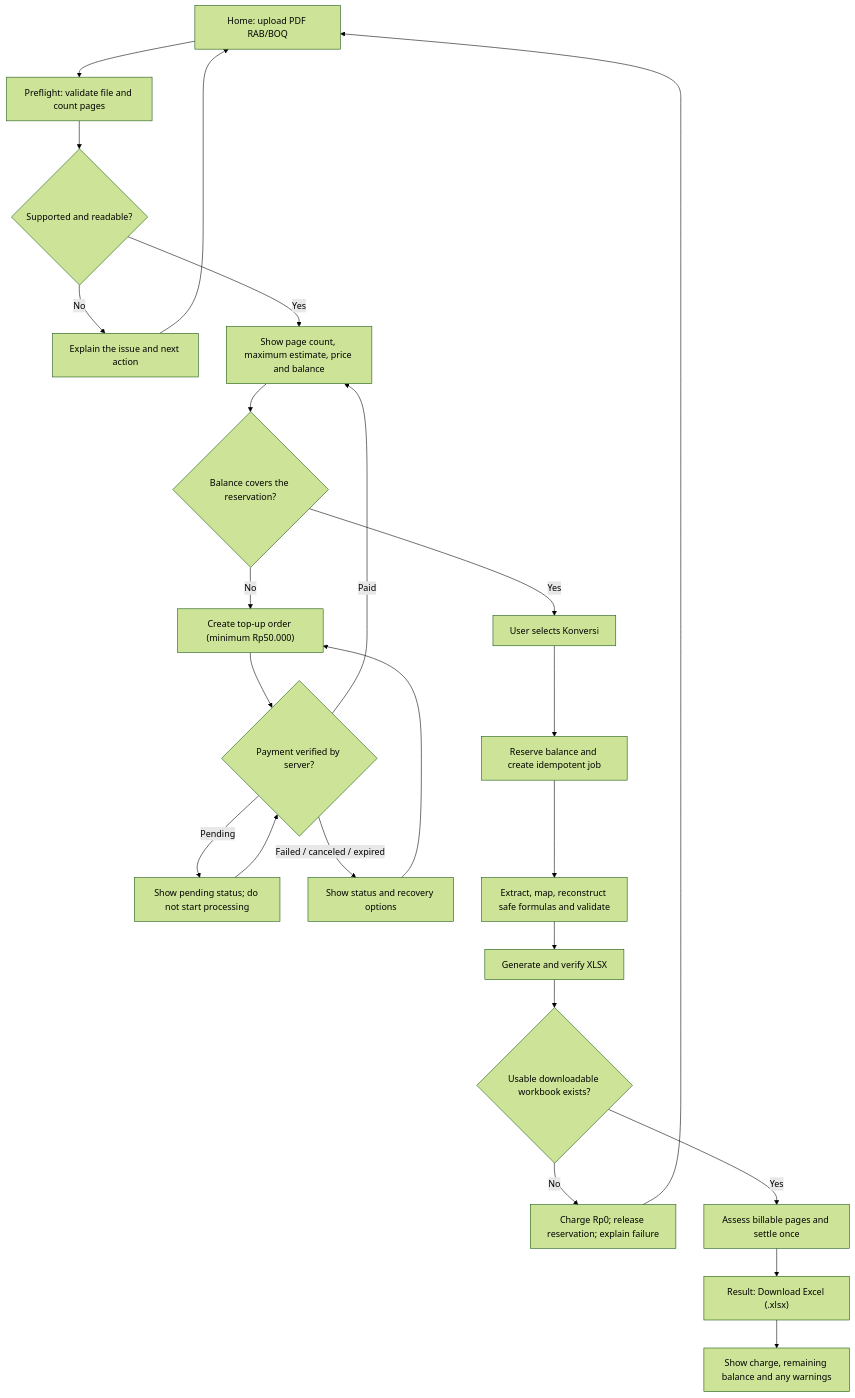
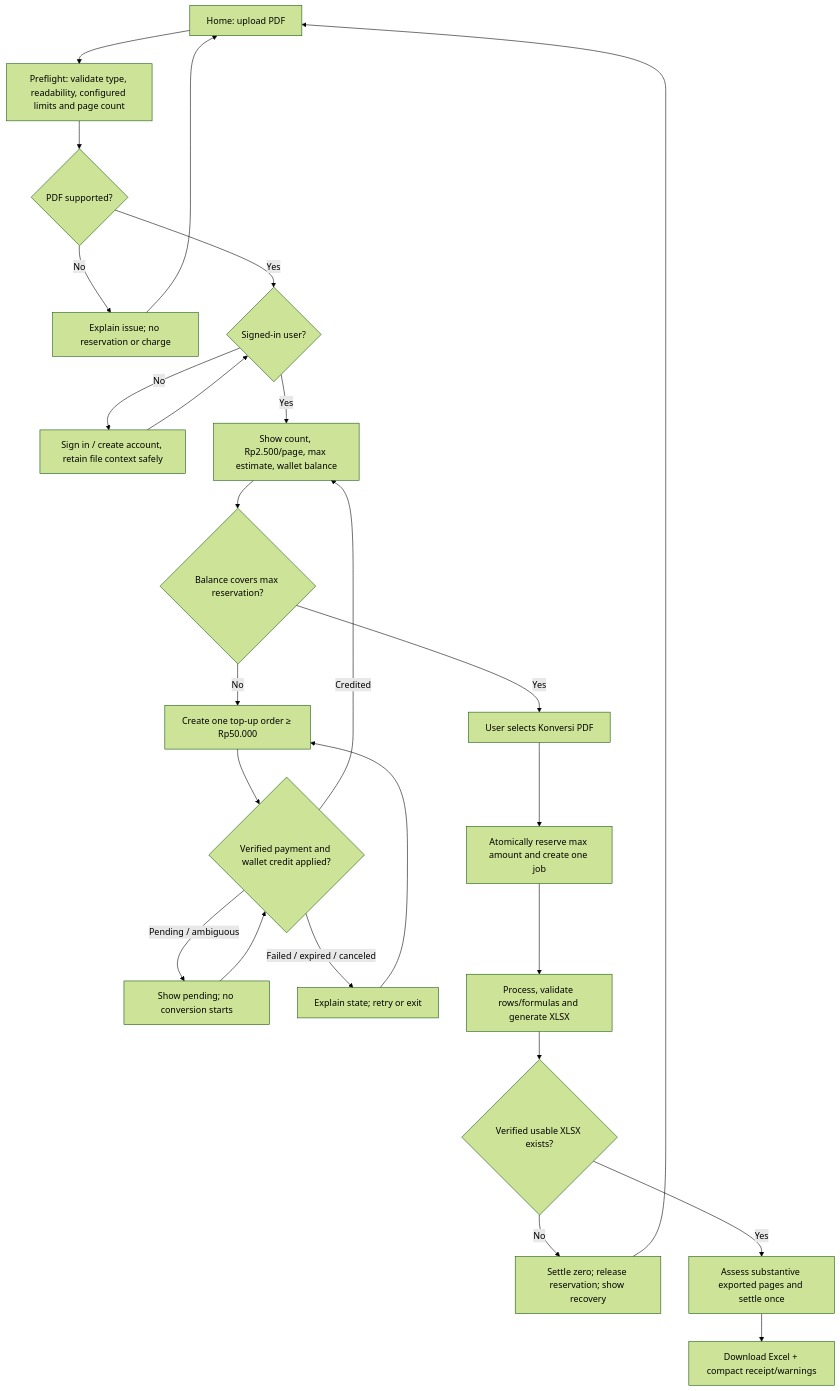
Before and after one commit to fsoeltoni-rabconverter/rabconverter: the diagram in docs/application-flow.md, drawn with Mermaid (forest theme). The commit also changed other lines of this file, not shown here.

````diff
--- a/docs/application-flow.md
+++ b/docs/application-flow.md
@@ -29,26 +28,27 @@
 ```mermaid
 flowchart TD
-    A["Home: upload PDF RAB/BOQ"] --> B["Preflight: validate file and count pages"]
-    B --> C{"Supported and readable?"}
-    C -- "No" --> X["Explain the issue and next action"]
+    A["Home: upload PDF"] --> B["Preflight: validate type, readability, configured limits and page count"]
+    B --> C{"PDF supported?"}
+    C -- "No" --> X["Explain issue; no reservation or charge"]
     X --> A
-    C -- "Yes" --> D["Show page count, maximum estimate, price and balance"]
-    D --> E{"Balance covers the reservation?"}
-    E -- "No" --> F["Create top-up order (minimum Rp50.000)"]
-    F --> G{"Payment verified by server?"}
-    G -- "Pending" --> H["Show pending status; do not start processing"]
-    H --> G
-    G -- "Failed / canceled / expired" --> I["Show status and recovery options"]
-    I --> F
-    G -- "Paid" --> D
-    E -- "Yes" --> J["User selects Konversi"]
-    J --> K["Reserve balance and create idempotent job"]
-    K --> L["Extract, map, reconstruct safe formulas and validate"]
-    L --> M["Generate and verify XLSX"]
-    M --> N{"Usable downloadable workbook exists?"}
-    N -- "No" --> O["Charge Rp0; release reservation; explain failure"]
-    O --> A
-    N -- "Yes" --> P["Assess billable pages and settle once"]
-    P --> Q["Result: Download Excel (.xlsx)"]
-    Q --> R["Show charge, remaining balance and any warnings"]
+    C -- "Yes" --> D{"Signed-in user?"}
+    D -- "No" --> L["Sign in / create account, retain file context safely"]
+    L --> D
+    D -- "Yes" --> E["Show count, Rp2.500/page, max estimate, wallet balance"]
+    E --> F{"Balance covers max reservation?"}
+    F -- "No" --> G["Create one top-up order ≥ Rp50.000"]
+    G --> H{"Verified payment and wallet credit applied?"}
+    H -- "Pending / ambiguous" --> I["Show pending; no conversion starts"]
+    I --> H
+    H -- "Failed / expired / canceled" --> J["Explain state; retry or exit"]
+    J --> G
+    H -- "Credited" --> E
+    F -- "Yes" --> K["User selects Konversi PDF"]
+    K --> M["Atomically reserve max amount and create one job"]
+    M --> N["Process, validate rows/formulas and generate XLSX"]
+    N --> O{"Verified usable XLSX exists?"}
+    O -- "No" --> P["Settle zero; release reservation; show recovery"]
+    P --> A
+    O -- "Yes" --> Q["Assess substantive exported pages and settle once"]
+    Q --> R["Download Excel + compact receipt/warnings"]
 ```
````
